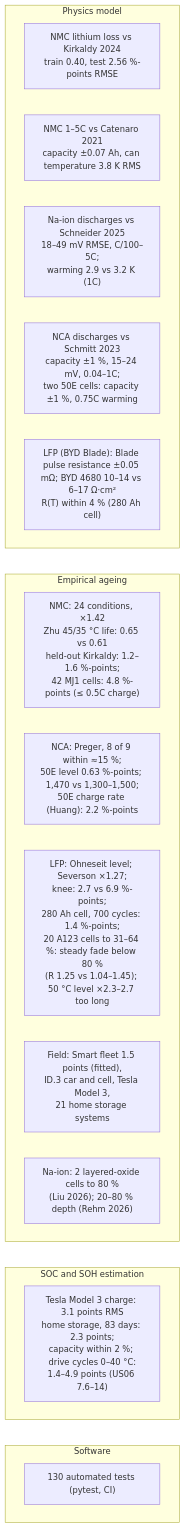
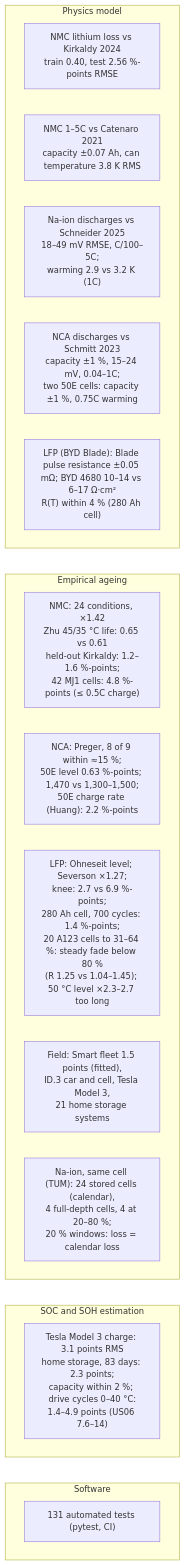
One commit to TheJohn01/DigitalTwinBattery changed diagram 12 of 12 in README.md. Above: the diagram before and after it, drawn with Mermaid. The commit also changed other lines of this file and 16 other files, not shown here.

````diff
--- a/README.md
+++ b/README.md
@@ -1846,24 +1871,24 @@
 ```mermaid
 flowchart TB
     subgraph PHY["Physics model"]
         V1["NMC lithium loss vs Kirkaldy 2024<br/>train 0.40, test 2.56 %-points RMSE"]
         V9["NMC 1–5C vs Catenaro 2021<br/>capacity ±0.07 Ah, can temperature 3.8 K RMS"]
         V0["Na-ion discharges vs Schneider 2025<br/>18–49 mV RMSE, C/100–5C;<br/>warming 2.9 vs 3.2 K (1C)"]
         V7["NCA discharges vs Schmitt 2023<br/>capacity ±1 %, 15–24 mV, 0.04–1C;<br/>two 50E cells: capacity ±1 %, 0.75C warming"]
         V8["LFP (BYD Blade): Blade pulse resistance ±0.05 mΩ; BYD 4680 10–14 vs 6–17 Ω·cm²<br/>R(T) within 4 % (280 Ah cell)"]
     end
     subgraph EMP["Empirical ageing"]
         V2["NMC: 24 conditions, ×1.42<br/>Zhu 45/35 °C life: 0.65 vs 0.61<br/>held-out Kirkaldy: 1.2–1.6 %-points;<br/>42 MJ1 cells: 4.8 %-points (≤ 0.5C charge)"]
         V3["NCA: Preger, 8 of 9 within ≈15 %;<br/>50E level 0.63 %-points; 1,470 vs 1,300–1,500;<br/>50E charge rate (Huang): 2.2 %-points"]
         V4["LFP: Ohneseit level; Severson ×1.27;<br/>knee: 2.7 vs 6.9 %-points;<br/>280 Ah cell, 700 cycles: 1.4 %-points;<br/>20 A123 cells to 31–64 %: steady fade below 80 %<br/>(R 1.25 vs 1.04–1.45); 50 °C level ×2.3–2.7 too long"]
         V11["Field: Smart fleet 1.5 points (fitted),<br/>ID.3 car and cell, Tesla Model 3,<br/>21 home storage systems"]
-        V5["Na-ion: 2 layered-oxide cells to 80 %<br/>(Liu 2026); 20–80 % depth (Rehm 2026)"]
+        V5["Na-ion, same cell (TUM): 24 stored cells (calendar),<br/>4 full-depth cells, 4 at 20–80 %;<br/>20 % windows: loss = calendar loss"]
     end
     subgraph EST["SOC and SOH estimation"]
         V10["Tesla Model 3 charge: 3.1 points RMS<br/>home storage, 83 days: 2.3 points;<br/>capacity within 2 %; drive cycles 0–40 °C:<br/>1.4–4.9 points (US06 7.6–14)"]
     end
     subgraph SW["Software"]
-        V6["130 automated tests (pytest, CI)"]
+        V6["131 automated tests (pytest, CI)"]
     end
     PHY ~~~ EMP ~~~ EST ~~~ SW
 ```
````
